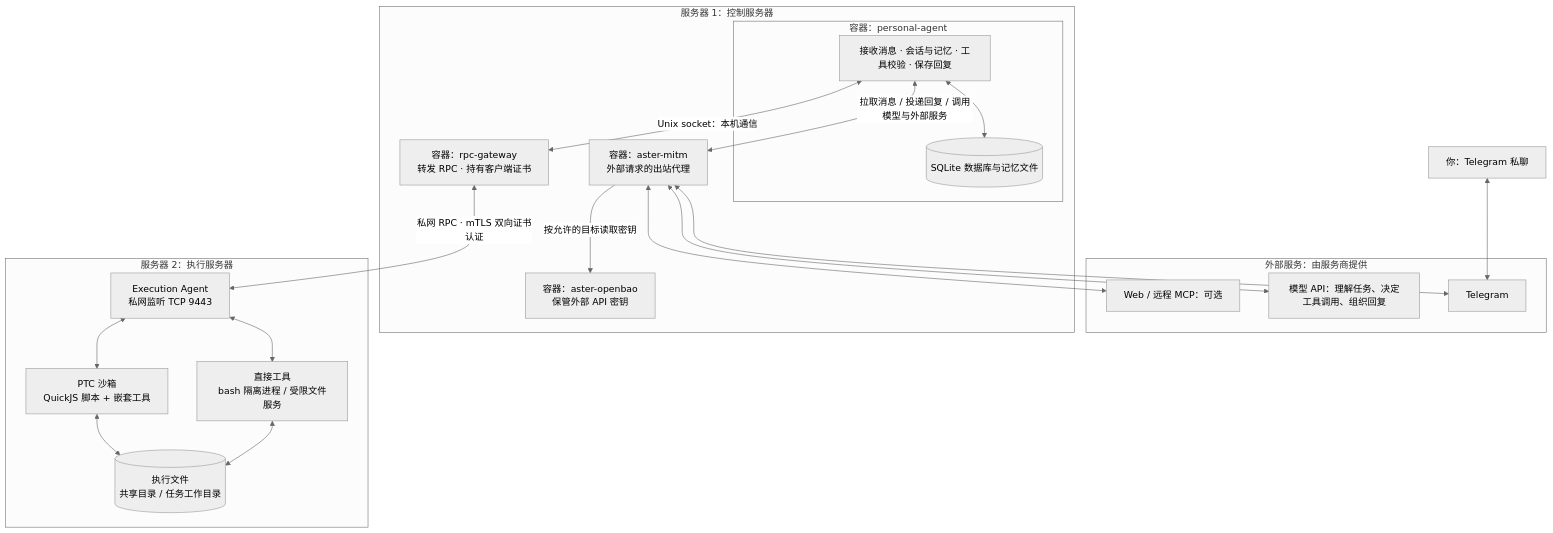
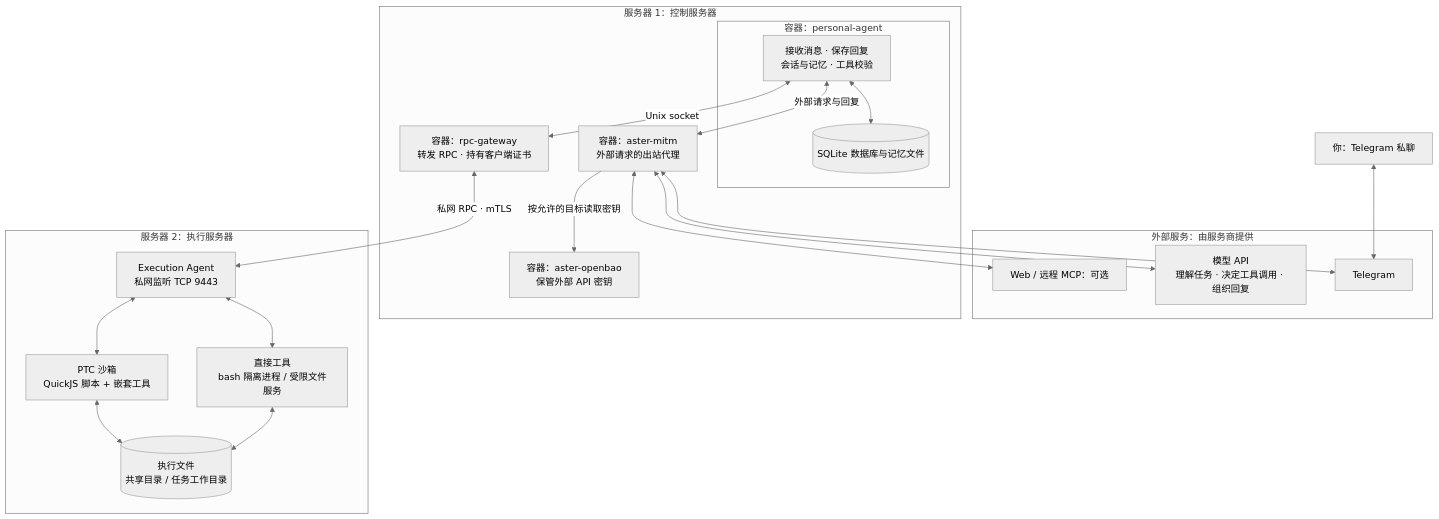
One commit to NaoYUN77/Aster changed the first of 2 diagrams in README.md. Above: the diagram before and after it, drawn with Mermaid (neutral theme).

Commit message:
docs: shorten architecture diagram labels

````diff
--- a/README.md
+++ b/README.md
@@ -45,41 +45,41 @@
 ```mermaid
 flowchart TB
   user["你：Telegram 私聊"]
 
   subgraph external["外部服务：由服务商提供"]
     telegram["Telegram"]
-    llm["模型 API：理解任务、决定工具调用、组织回复"]
+    llm["模型 API<br/>理解任务 · 决定工具调用 · 组织回复"]
     services["Web / 远程 MCP：可选"]
   end
 
   subgraph control["服务器 1：控制服务器"]
     subgraph application["容器：personal-agent"]
-      app["接收消息 · 会话与记忆 · 工具校验 · 保存回复"]
+      app["接收消息 · 保存回复<br/>会话与记忆 · 工具校验"]
       state[("SQLite 数据库与记忆文件")]
       app <--> state
     end
     proxy["容器：aster-mitm<br/>外部请求的出站代理"]
     vault["容器：aster-openbao<br/>保管外部 API 密钥"]
     gateway["容器：rpc-gateway<br/>转发 RPC · 持有客户端证书"]
   end
 
   subgraph execution["服务器 2：执行服务器"]
     rpc["Execution Agent<br/>私网监听 TCP 9443"]
     direct["直接工具<br/>bash 隔离进程 / 受限文件服务"]
     ptc["PTC 沙箱<br/>QuickJS 脚本 + 嵌套工具"]
     files[("执行文件<br/>共享目录 / 任务工作目录")]
     rpc <--> direct
     rpc <--> ptc
     direct <--> files
     ptc <--> files
   end
 
   user <--> telegram
-  app <-->|"拉取消息 / 投递回复 / 调用模型与外部服务"| proxy
+  app <-->|"外部请求与回复"| proxy
   proxy <--> telegram
   proxy <--> llm
   proxy <--> services
   proxy -->|"按允许的目标读取密钥"| vault
-  app <-->|"Unix socket：本机通信"| gateway
-  gateway <-->|"私网 RPC · mTLS 双向证书认证"| rpc
+  app <-->|"Unix socket"| gateway
+  gateway <-->|"私网 RPC · mTLS"| rpc
 ```
````
